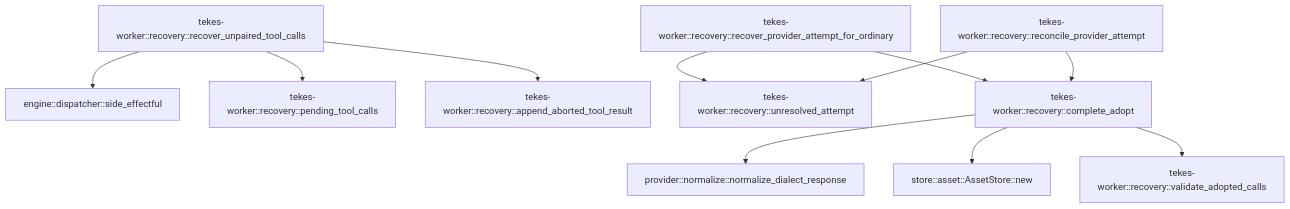
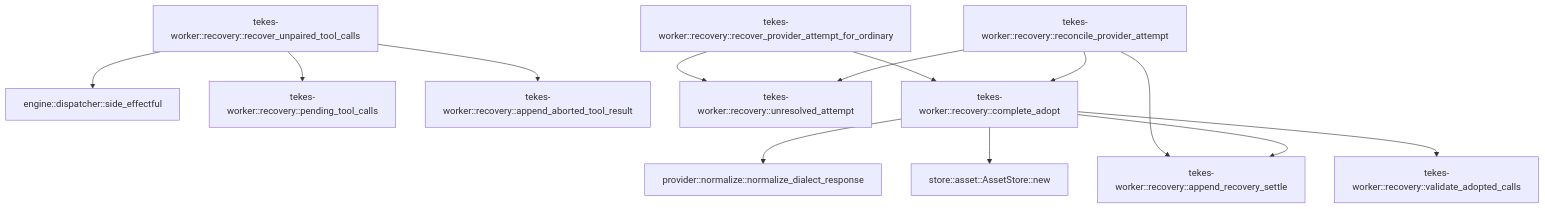
One commit to TekesApps/TekesKernel changed the diagram in crates/worker/docs/generated/src--recovery.md. Above: the diagram before and after it, drawn with Mermaid. The commit also changed other lines of this file and 15 other files, not shown here.

Commit message:
fix(worker): preserve durable Stop through recovery settlement

````diff
--- a/crates/worker/docs/generated/src--recovery.md
+++ b/crates/worker/docs/generated/src--recovery.md
@@ -40,24 +41,27 @@
 ```mermaid
 flowchart TD
   n0["engine::dispatcher::side_effectful"]
   n1["provider::normalize::normalize_dialect_response"]
   n2["store::asset::AssetStore::new"]
   n3["tekes-worker::recovery::recover_unpaired_tool_calls"]
   n4["tekes-worker::recovery::pending_tool_calls"]
   n5["tekes-worker::recovery::append_aborted_tool_result"]
   n6["tekes-worker::recovery::recover_provider_attempt_for_ordinary"]
-  n7["tekes-worker::recovery::reconcile_provider_attempt"]
+  n7["tekes-worker::recovery::append_recovery_settle"]
   n8["tekes-worker::recovery::unresolved_attempt"]
   n9["tekes-worker::recovery::validate_adopted_calls"]
-  n10["tekes-worker::recovery::complete_adopt"]
+  n10["tekes-worker::recovery::reconcile_provider_attempt"]
+  n11["tekes-worker::recovery::complete_adopt"]
   n3 --> n0
   n3 --> n4
   n3 --> n5
   n6 --> n8
-  n6 --> n10
-  n7 --> n8
-  n7 --> n10
-  n10 --> n1
-  n10 --> n2
-  n10 --> n9
+  n6 --> n11
+  n10 --> n7
+  n10 --> n8
+  n10 --> n11
+  n11 --> n1
+  n11 --> n2
+  n11 --> n7
+  n11 --> n9
 ```
````
